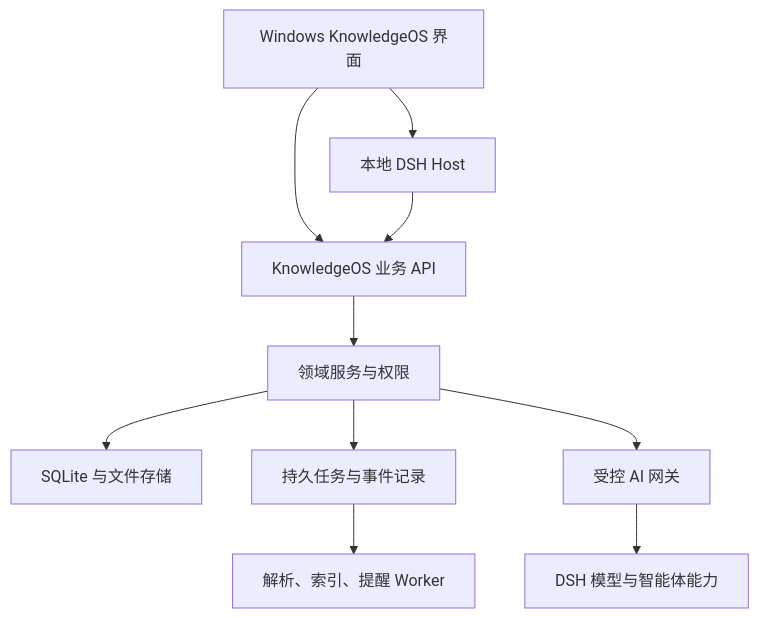
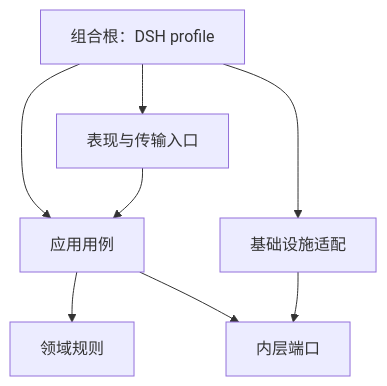
One commit to Changxin-YR/personal_konwledge-base changed the diagram in docs/plan/03_ARCHITECTURE.md. Above: the diagram before and after it, drawn with Mermaid. The commit also changed other lines of this file and 23 other files, not shown here.

````diff
--- a/docs/plan/03_ARCHITECTURE.md
+++ b/docs/plan/03_ARCHITECTURE.md
@@ -27,12 +45,10 @@
 ```mermaid
 flowchart TD
-  U["Windows KnowledgeOS 界面"] --> L["本地 DSH Host"]
-  U --> A["KnowledgeOS 业务 API"]
-  L --> A
-  A --> D["领域服务与权限"]
-  D --> S["SQLite 与文件存储"]
-  D --> Q["持久任务与事件记录"]
-  Q --> W["解析、索引、提醒 Worker"]
-  D --> G["受控 AI 网关"]
-  G --> R["DSH 模型与智能体能力"]
+  R["组合根：DSH profile"] --> U["表现与传输入口"]
+  R --> A["应用用例"]
+  R --> I["基础设施适配"]
+  U --> A
+  A --> D["领域规则"]
+  A --> P["内层端口"]
+  I --> P
 ```
````
